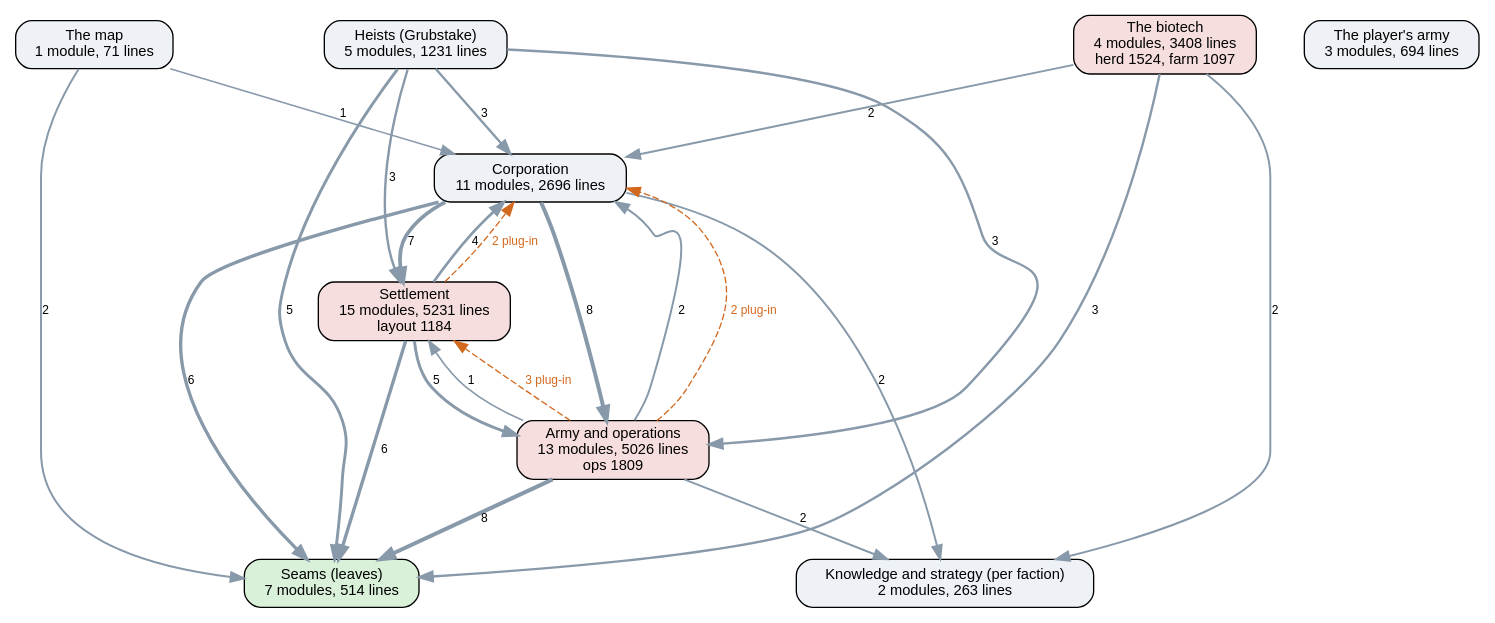
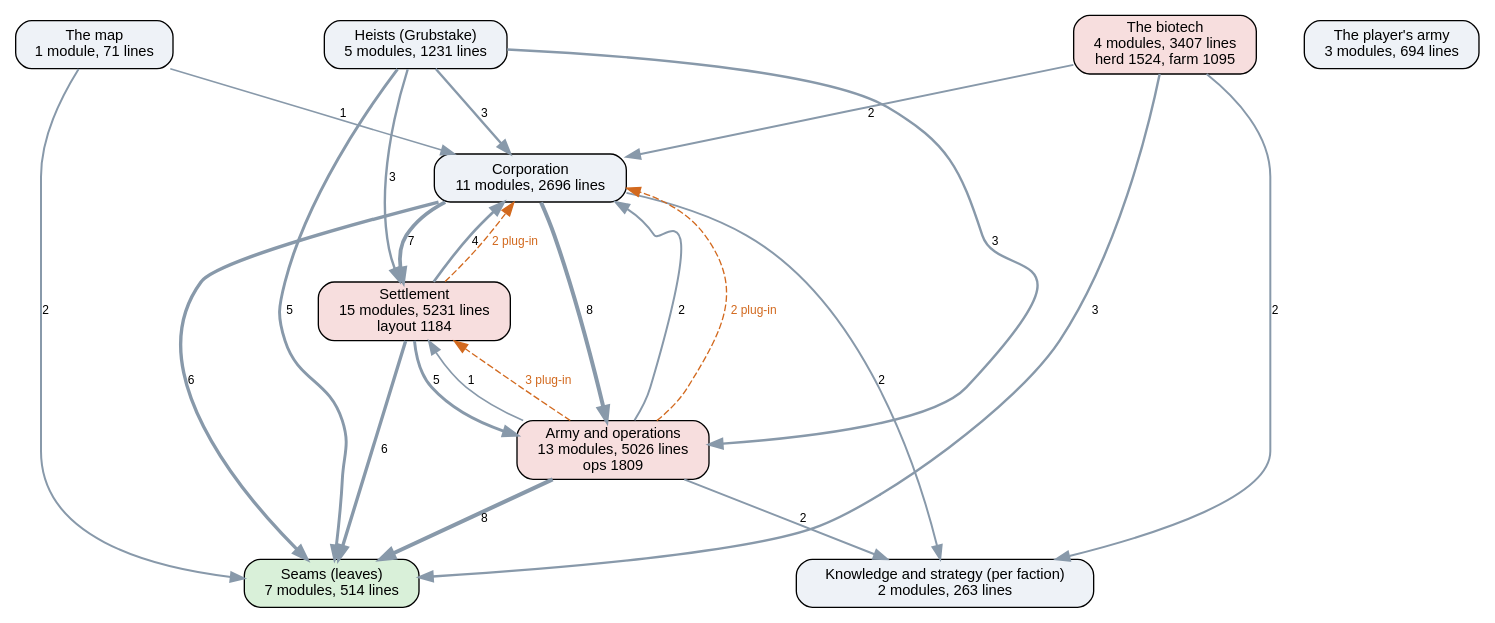
One commit to kinelhu/landing-party changed the diagram in docs/ai-layers.dot. Above: the diagram before and after it, drawn with Graphviz. The commit also changed 9 other files, not shown here.

```diff
--- a/docs/ai-layers.dot
+++ b/docs/ai-layers.dot
@@ -1,37 +1,37 @@
 digraph layers {
   graph [rankdir=TB, fontname="Helvetica", nodesep=0.5, ranksep=0.7];
   node [shape=box, style="rounded,filled", fontname="Helvetica", fontsize=11, fillcolor="#eef2f7"];
   edge [color="#8899aa", fontname="Helvetica", fontsize=9];
   "Seams (leaves)" [label="Seams (leaves)\n7 modules, 514 lines", fillcolor="#d9f0d9"];
   "Knowledge and strategy (per faction)" [label="Knowledge and strategy (per faction)\n2 modules, 263 lines", fillcolor="#eef2f7"];
   "Corporation" [label="Corporation\n11 modules, 2696 lines", fillcolor="#eef2f7"];
   "Settlement" [label="Settlement\n15 modules, 5231 lines\nlayout 1184", fillcolor="#f7dede"];
   "Army and operations" [label="Army and operations\n13 modules, 5026 lines\nops 1809", fillcolor="#f7dede"];
   "Heists (Grubstake)" [label="Heists (Grubstake)\n5 modules, 1231 lines", fillcolor="#eef2f7"];
-  "The biotech" [label="The biotech\n4 modules, 3408 lines\nherd 1524, farm 1097", fillcolor="#f7dede"];
+  "The biotech" [label="The biotech\n4 modules, 3407 lines\nherd 1524, farm 1095", fillcolor="#f7dede"];
   "The map" [label="The map\n1 module, 71 lines", fillcolor="#eef2f7"];
   "The player's army" [label="The player's army\n3 modules, 694 lines", fillcolor="#eef2f7"];
   "Army and operations" -> "Corporation" [label="2", penwidth=1.5];
   "Army and operations" -> "Knowledge and strategy (per faction)" [label="2", penwidth=1.5];
   "Army and operations" -> "Seams (leaves)" [label="8", penwidth=3.0];
   "Army and operations" -> "Settlement" [label="1", penwidth=1.2];
   "Corporation" -> "Army and operations" [label="8", penwidth=3.0];
   "Corporation" -> "Knowledge and strategy (per faction)" [label="2", penwidth=1.5];
   "Corporation" -> "Seams (leaves)" [label="6", penwidth=2.5];
   "Corporation" -> "Settlement" [label="7", penwidth=2.8];
   "Heists (Grubstake)" -> "Army and operations" [label="3", penwidth=1.8];
   "Heists (Grubstake)" -> "Corporation" [label="3", penwidth=1.8];
   "Heists (Grubstake)" -> "Seams (leaves)" [label="5", penwidth=2.2];
   "Heists (Grubstake)" -> "Settlement" [label="3", penwidth=1.8];
   "Settlement" -> "Army and operations" [label="5", penwidth=2.2];
   "Settlement" -> "Corporation" [label="4", penwidth=2.0];
   "Settlement" -> "Seams (leaves)" [label="6", penwidth=2.5];
   "The biotech" -> "Corporation" [label="2", penwidth=1.5];
   "The biotech" -> "Knowledge and strategy (per faction)" [label="2", penwidth=1.5];
   "The biotech" -> "Seams (leaves)" [label="3", penwidth=1.8];
   "The map" -> "Corporation" [label="1", penwidth=1.2];
   "The map" -> "Seams (leaves)" [label="2", penwidth=1.5];
   "Army and operations" -> "Corporation" [style=dashed, color="#d2691e", fontcolor="#d2691e", label="2 plug-in"];
   "Army and operations" -> "Settlement" [style=dashed, color="#d2691e", fontcolor="#d2691e", label="3 plug-in"];
   "Settlement" -> "Corporation" [style=dashed, color="#d2691e", fontcolor="#d2691e", label="2 plug-in"];
 }
```
